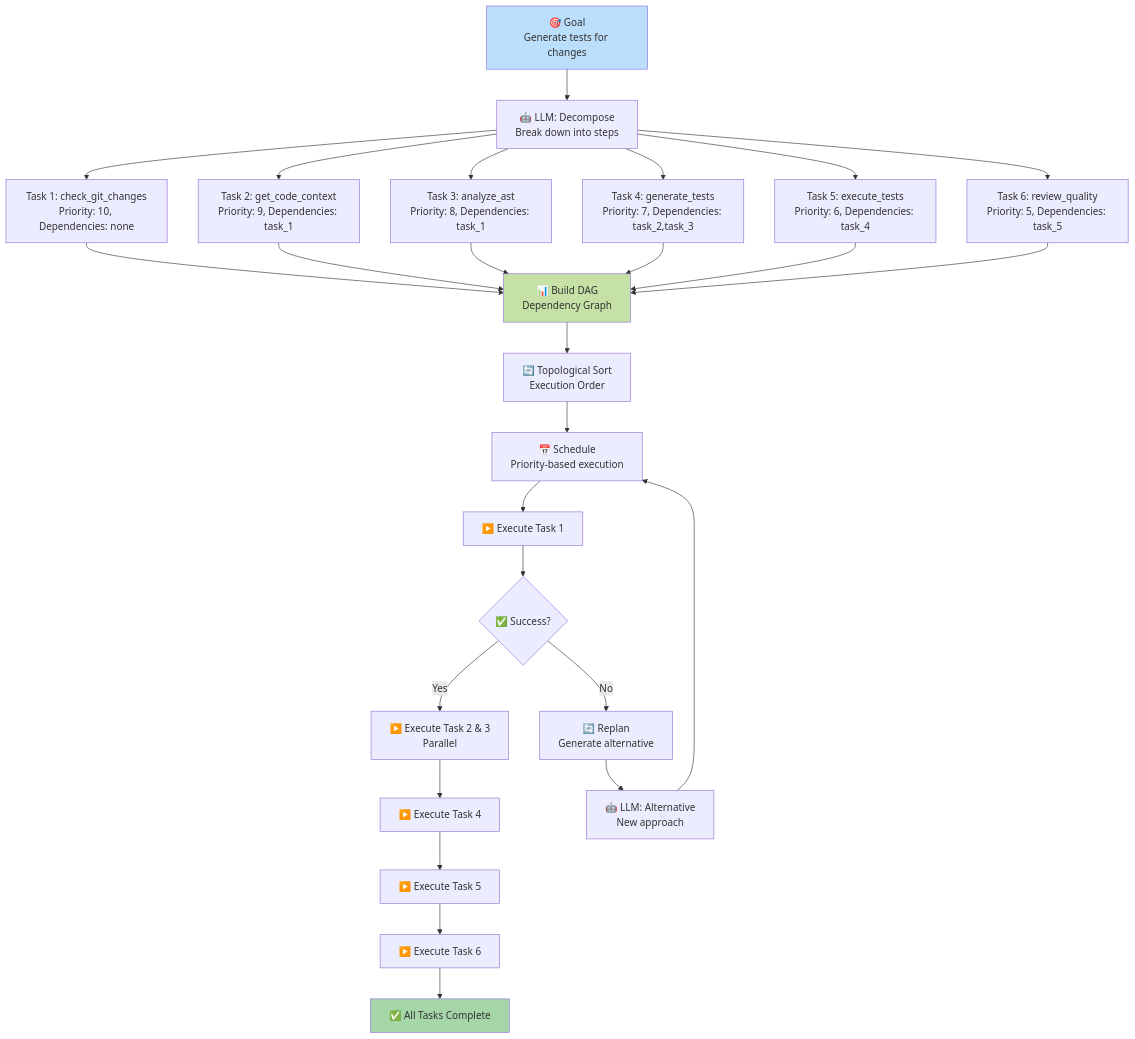
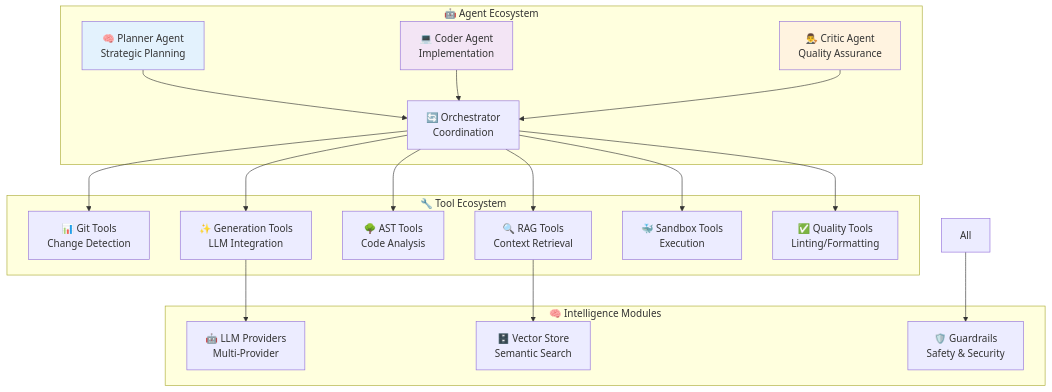
One commit to narenallam/AgenticTestGenerator changed the seventh of 13 diagrams in ARCHITECTURE.md. Above: the diagram before and after it, drawn with Mermaid. The commit also changed other lines of this file and 11 other files, not shown here.

````diff
--- a/ARCHITECTURE.md
+++ b/ARCHITECTURE.md
@@ -264,38 +387,43 @@
 ```mermaid
 graph TB
-    Goal[🎯 Goal<br/>Generate tests for changes] --> LLM1[🤖 LLM: Decompose<br/>Break down into steps]
-    
-    LLM1 --> Task1[Task 1: check_git_changes<br/>Priority: 10, Dependencies: none]
-    LLM1 --> Task2[Task 2: get_code_context<br/>Priority: 9, Dependencies: task_1]
-    LLM1 --> Task3[Task 3: analyze_ast<br/>Priority: 8, Dependencies: task_1]
-    LLM1 --> Task4[Task 4: generate_tests<br/>Priority: 7, Dependencies: task_2,task_3]
-    LLM1 --> Task5[Task 5: execute_tests<br/>Priority: 6, Dependencies: task_4]
-    LLM1 --> Task6[Task 6: review_quality<br/>Priority: 5, Dependencies: task_5]
-    
-    Task1 --> DAG[📊 Build DAG<br/>Dependency Graph]
-    Task2 --> DAG
-    Task3 --> DAG
-    Task4 --> DAG
-    Task5 --> DAG
-    Task6 --> DAG
-    
-    DAG --> Topo[🔄 Topological Sort<br/>Execution Order]
-    Topo --> Schedule[📅 Schedule<br/>Priority-based execution]
-    
-    Schedule --> Exec1[▶️ Execute Task 1]
-    Exec1 --> Check1{✅ Success?}
-    Check1 -->|Yes| Exec2[▶️ Execute Task 2 & 3<br/>Parallel]
-    Check1 -->|No| Replan[🔄 Replan<br/>Generate alternative]
-    
-    Exec2 --> Exec4[▶️ Execute Task 4]
-    Exec4 --> Exec5[▶️ Execute Task 5]
-    Exec5 --> Exec6[▶️ Execute Task 6]
-    Exec6 --> Complete[✅ All Tasks Complete]
-    
-    Replan --> LLM2[🤖 LLM: Alternative<br/>New approach]
-    LLM2 --> Schedule
-    
-    style Goal fill:#bbdefb
-    style DAG fill:#c5e1a5
-    style Complete fill:#a5d6a7
+    subgraph "🤖 Agent Ecosystem"
+        Planner[🧠 Planner Agent<br/>Strategic Planning]
+        Coder[💻 Coder Agent<br/>Implementation]
+        Critic[👨‍⚖️ Critic Agent<br/>Quality Assurance]
+        Orchestrator[🔄 Orchestrator<br/>Coordination]
+    end
+
+    subgraph "🔧 Tool Ecosystem"
+        GitTools[📊 Git Tools<br/>Change Detection]
+        RAGTools[🔍 RAG Tools<br/>Context Retrieval]
+        ASTTools[🌳 AST Tools<br/>Code Analysis]
+        GenTools[✨ Generation Tools<br/>LLM Integration]
+        SandboxTools[🐳 Sandbox Tools<br/>Execution]
+        QualityTools[✅ Quality Tools<br/>Linting/Formatting]
+    end
+
+    subgraph "🧠 Intelligence Modules"
+        LLMs[🤖 LLM Providers<br/>Multi-Provider]
+        Embeddings[🗄️ Vector Store<br/>Semantic Search]
+        Guardrails[🛡️ Guardrails<br/>Safety & Security]
+    end
+
+    Planner --> Orchestrator
+    Coder --> Orchestrator
+    Critic --> Orchestrator
+
+    Orchestrator --> GitTools
+    Orchestrator --> RAGTools
+    Orchestrator --> ASTTools
+    Orchestrator --> GenTools
+    Orchestrator --> SandboxTools
+    Orchestrator --> QualityTools
+
+    GenTools --> LLMs
+    RAGTools --> Embeddings
+    All --> Guardrails
+
+    style Planner fill:#e3f2fd
+    style Coder fill:#f3e5f5
+    style Critic fill:#fff3e0
 ```
````
